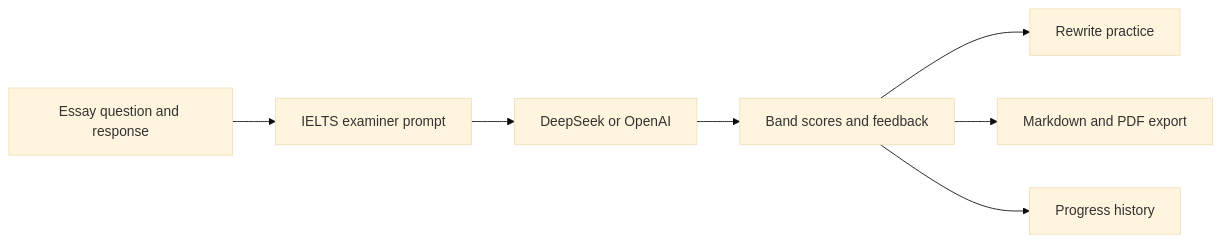
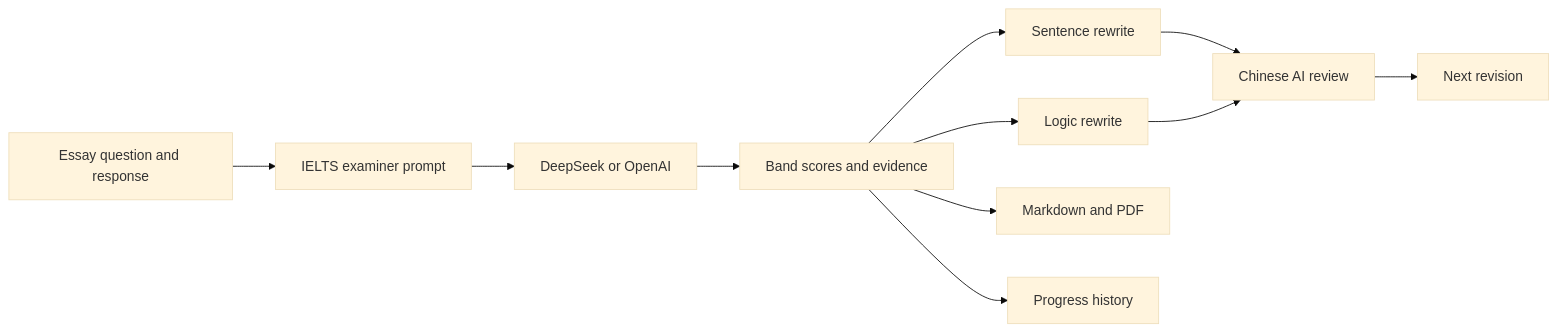
The diagram in README.md (tornado266/-7.5), drawn with Mermaid (base theme) before and after one commit. The commit also changed other lines of this file and 7 other files, not shown here.

````diff
--- a/README.md
+++ b/README.md
@@ -44,9 +81,13 @@
 ```mermaid
 flowchart LR
     A[Essay question and response] --> B[IELTS examiner prompt]
     B --> C[DeepSeek or OpenAI]
-    C --> D[Band scores and feedback]
-    D --> E[Rewrite practice]
-    D --> F[Markdown and PDF export]
-    D --> G[Progress history]
+    C --> D[Band scores and evidence]
+    D --> E[Sentence rewrite]
+    D --> F[Logic rewrite]
+    E --> G[Chinese AI review]
+    F --> G
+    G --> H[Next revision]
+    D --> I[Markdown and PDF]
+    D --> J[Progress history]
 ```
````
